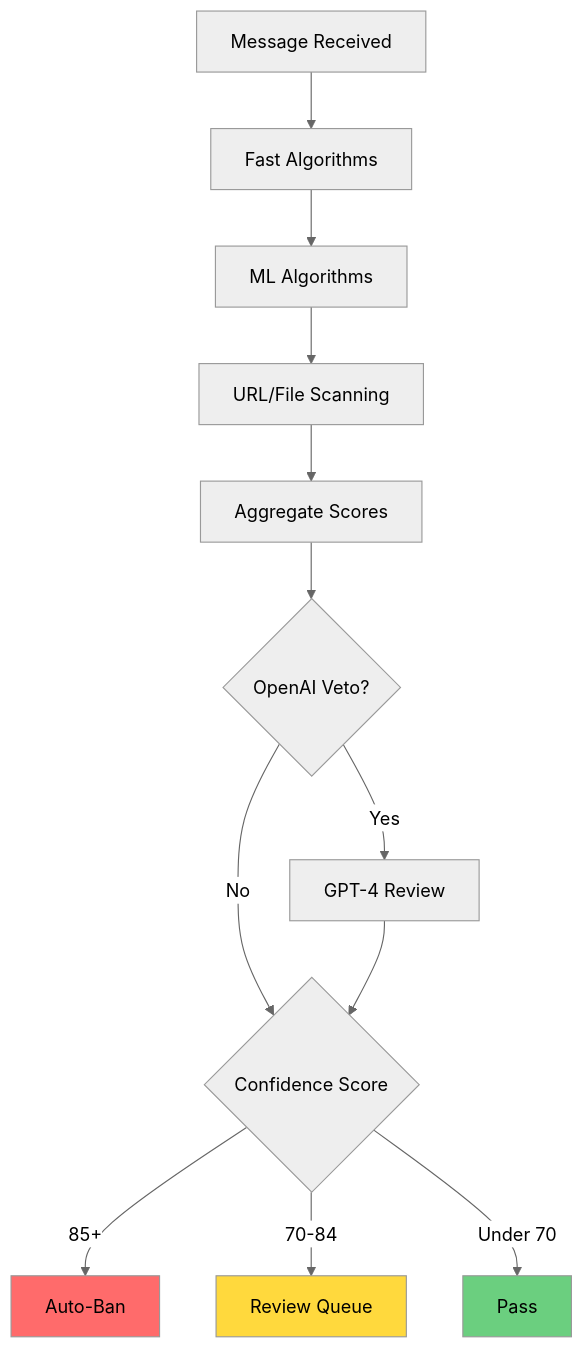
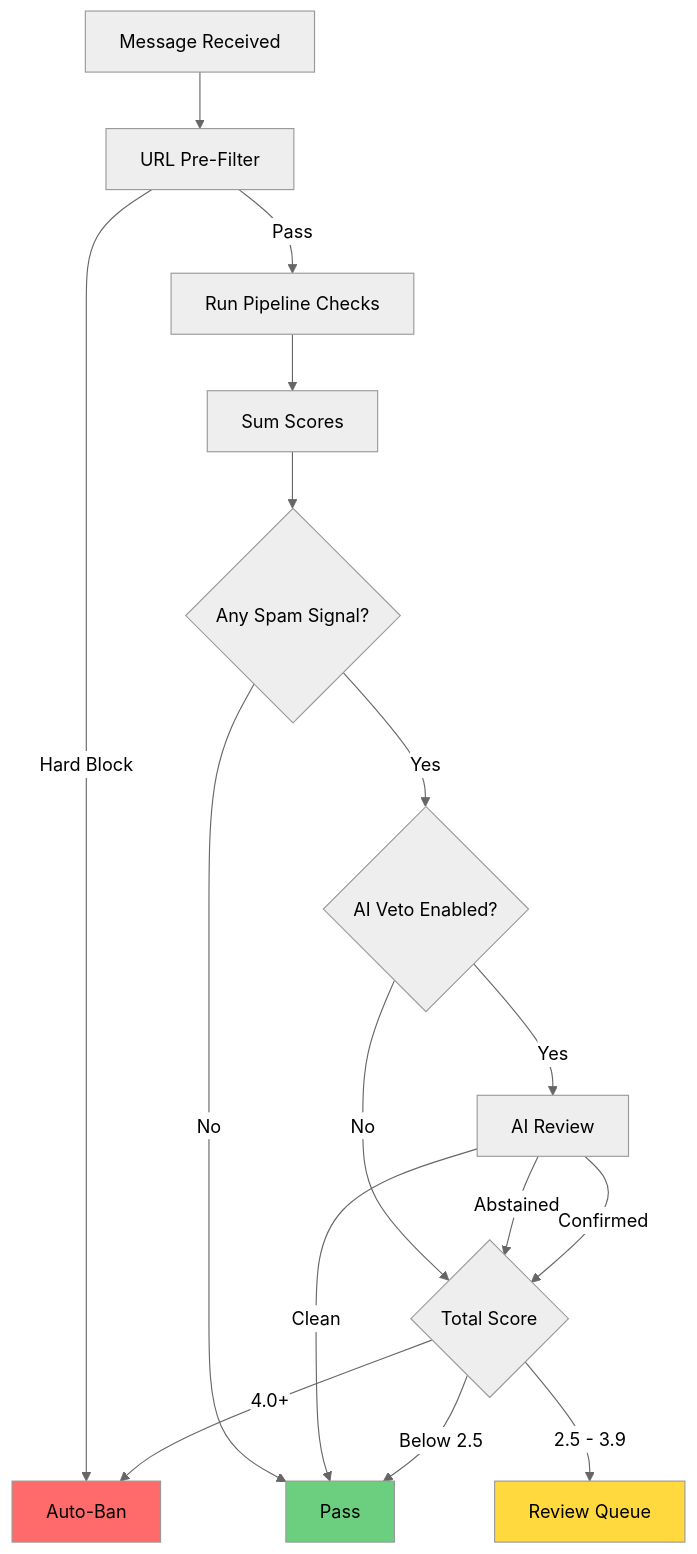
Before and after one commit to musicislife08/TelegramGroupsAdmin: the diagram in TelegramGroupsAdmin/Docs/02-spam-detection.md, drawn with Mermaid (neutral theme). The commit also changed other lines of this file and 21 other files, not shown here.

````diff
--- a/TelegramGroupsAdmin/Docs/02-spam-detection.md
+++ b/TelegramGroupsAdmin/Docs/02-spam-detection.md
@@ -25,18 +45,22 @@
 ```mermaid
 flowchart TD
-    A[Message Received] --> B[Fast Algorithms]
-    B --> C[ML Algorithms]
-    C --> D[URL/File Scanning]
-    D --> E[Aggregate Scores]
-    E --> F{OpenAI Veto?}
-    F -->|Yes| G[GPT-4 Review]
-    F -->|No| H{Confidence Score}
-    G --> H
-    H -->|85+| I[Auto-Ban]
-    H -->|70-84| J[Review Queue]
-    H -->|Under 70| K[Pass]
+    A[Message Received] --> B[URL Pre-Filter]
+    B -->|Hard Block| I[Auto-Ban]
+    B -->|Pass| C[Run Pipeline Checks]
+    C --> D[Sum Scores]
+    D --> E{Any Spam Signal?}
+    E -->|No| K[Pass]
+    E -->|Yes| F{AI Veto Enabled?}
+    F -->|No| H{Total Score}
+    F -->|Yes| G[AI Review]
+    G -->|Clean| K
+    G -->|Abstained| H
+    G -->|Confirmed| H
+    H -->|4.0+| I
+    H -->|2.5 - 3.9| J[Review Queue]
+    H -->|Below 2.5| K
 
     style I fill:#ff6b6b
     style J fill:#ffd93d
     style K fill:#6bcf7f
 ```
````
